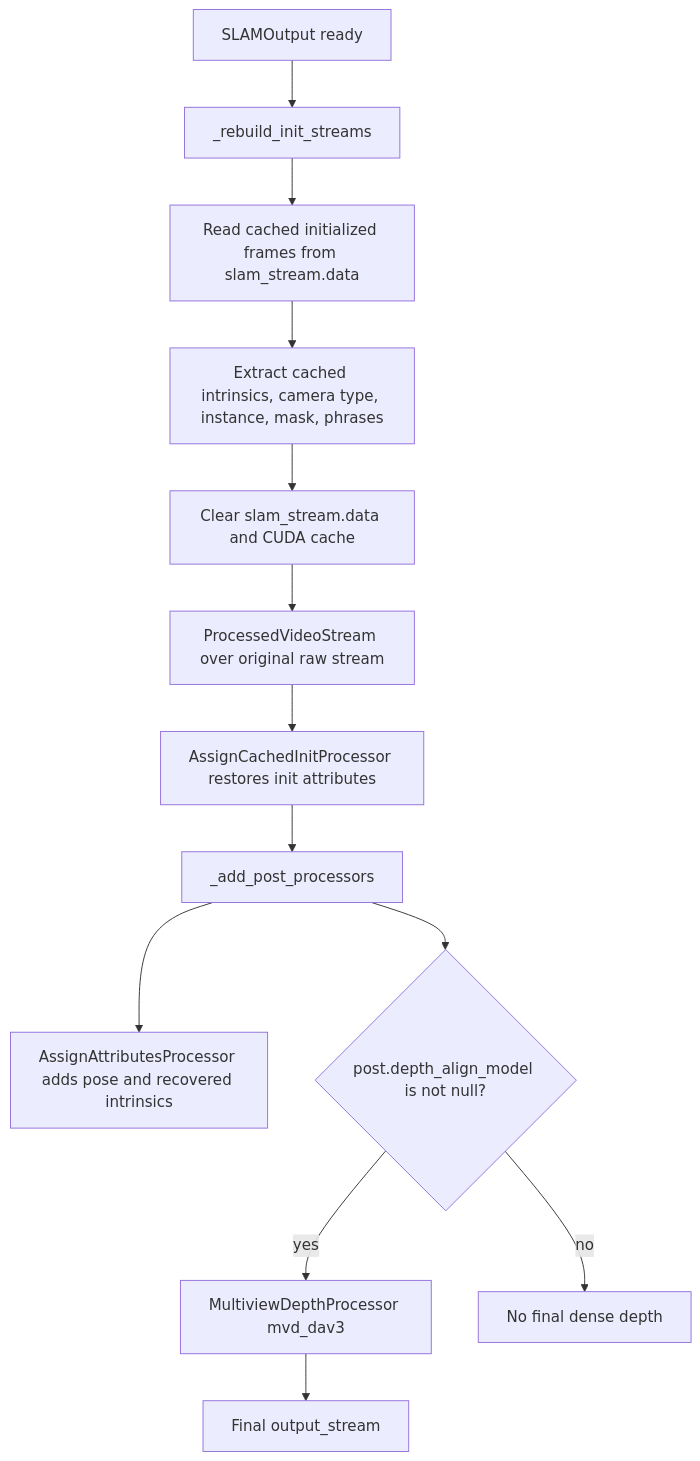
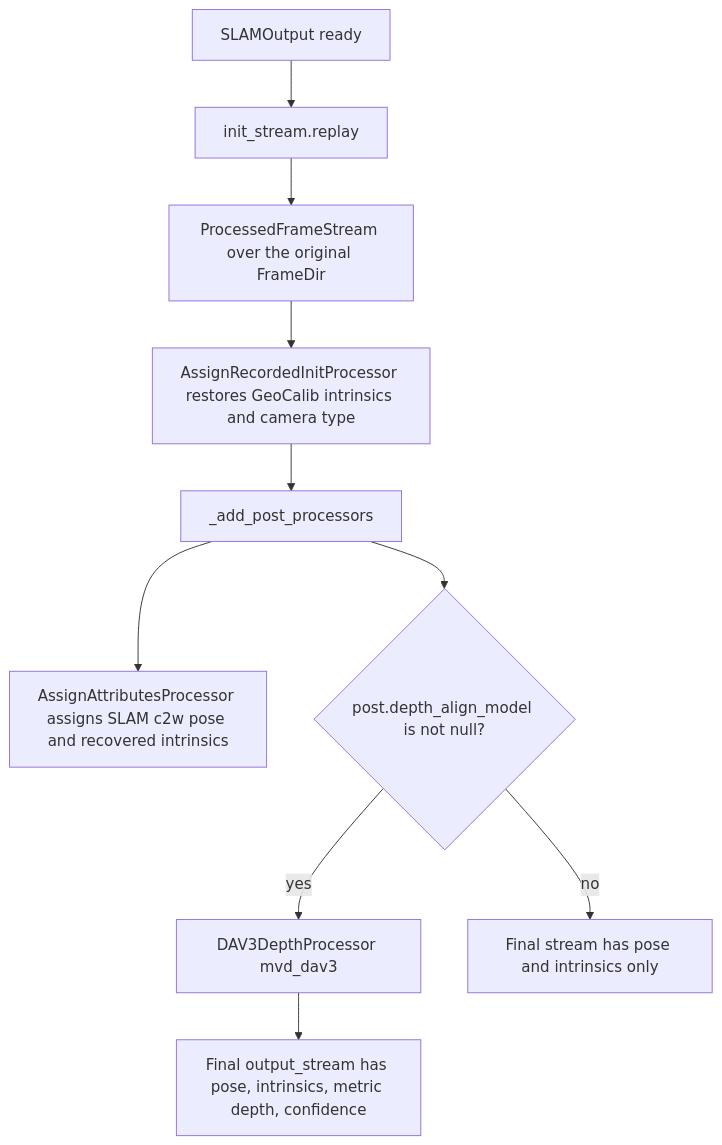
One commit to sadanand1120/vipe changed the tenth of 13 diagrams in fullexplain.md. Above: the diagram before and after it, drawn with Mermaid. The commit also changed other lines of this file and 85 other files, not shown here.

````diff
--- a/fullexplain.md
+++ b/fullexplain.md
@@ -1576,15 +1600,12 @@
 ```mermaid
 flowchart TD
-    A[SLAMOutput ready] --> B[_rebuild_init_streams]
-    B --> C[Read cached initialized frames from slam_stream.data]
-    C --> D[Extract cached intrinsics, camera type, instance, mask, phrases]
-    D --> E[Clear slam_stream.data and CUDA cache]
-    E --> F[ProcessedVideoStream over original raw stream]
-    F --> G[AssignCachedInitProcessor restores init attributes]
-    G --> H[_add_post_processors]
-    H --> I[AssignAttributesProcessor adds pose and recovered intrinsics]
-    H --> J{post.depth_align_model is not null?}
-    J -->|yes| K[MultiviewDepthProcessor mvd_dav3]
-    J -->|no| L[No final dense depth]
-    K --> M[Final output_stream]
+    A[SLAMOutput ready] --> B[init_stream.replay]
+    B --> C[ProcessedFrameStream over the original FrameDir]
+    C --> D[AssignRecordedInitProcessor restores GeoCalib intrinsics and camera type]
+    D --> E[_add_post_processors]
+    E --> F[AssignAttributesProcessor assigns SLAM c2w pose and recovered intrinsics]
+    E --> G{post.depth_align_model is not null?}
+    G -->|yes| H[DAV3DepthProcessor mvd_dav3]
+    G -->|no| I[Final stream has pose and intrinsics only]
+    H --> J[Final output_stream has pose, intrinsics, metric depth, confidence]
 ```
````
